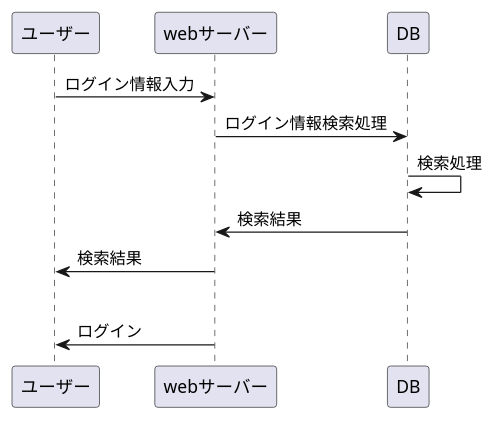
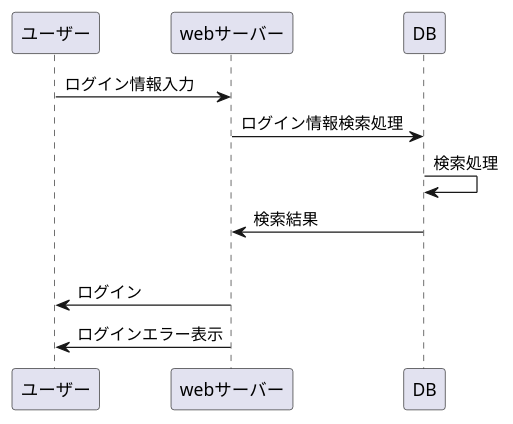
The diagram in sample-frow.md (Aso2001159/2021sys-design), drawn with PlantUML before and after one commit.

````diff
--- a/sample-frow.md
+++ b/sample-frow.md
@@ -1,12 +1,13 @@
 ```uml
 @startuml
  ユーザー -> webサーバー : ログイン情報入力
  webサーバー -> DB : ログイン情報検索処理
  DB -> DB : 検索処理
  DB -> webサーバー : 検索結果
- webサーバー -> ユーザー : 検索結果
  alt ID,パスワードが一致
  webサーバー -> ユーザー : ログイン
+ else 
+ webサーバー -> ユーザー : ログインエラー表示
 @enduml
 
 ```
````
